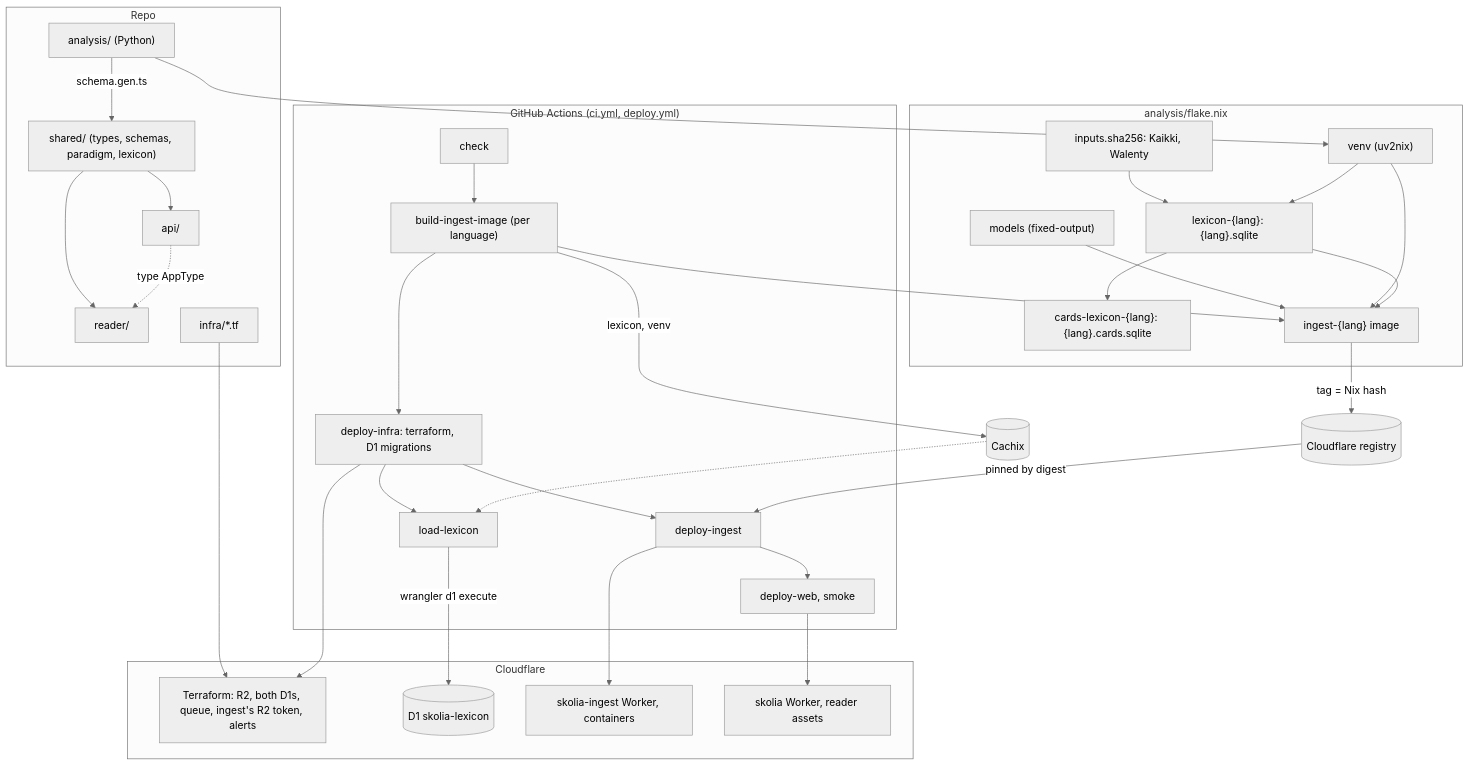
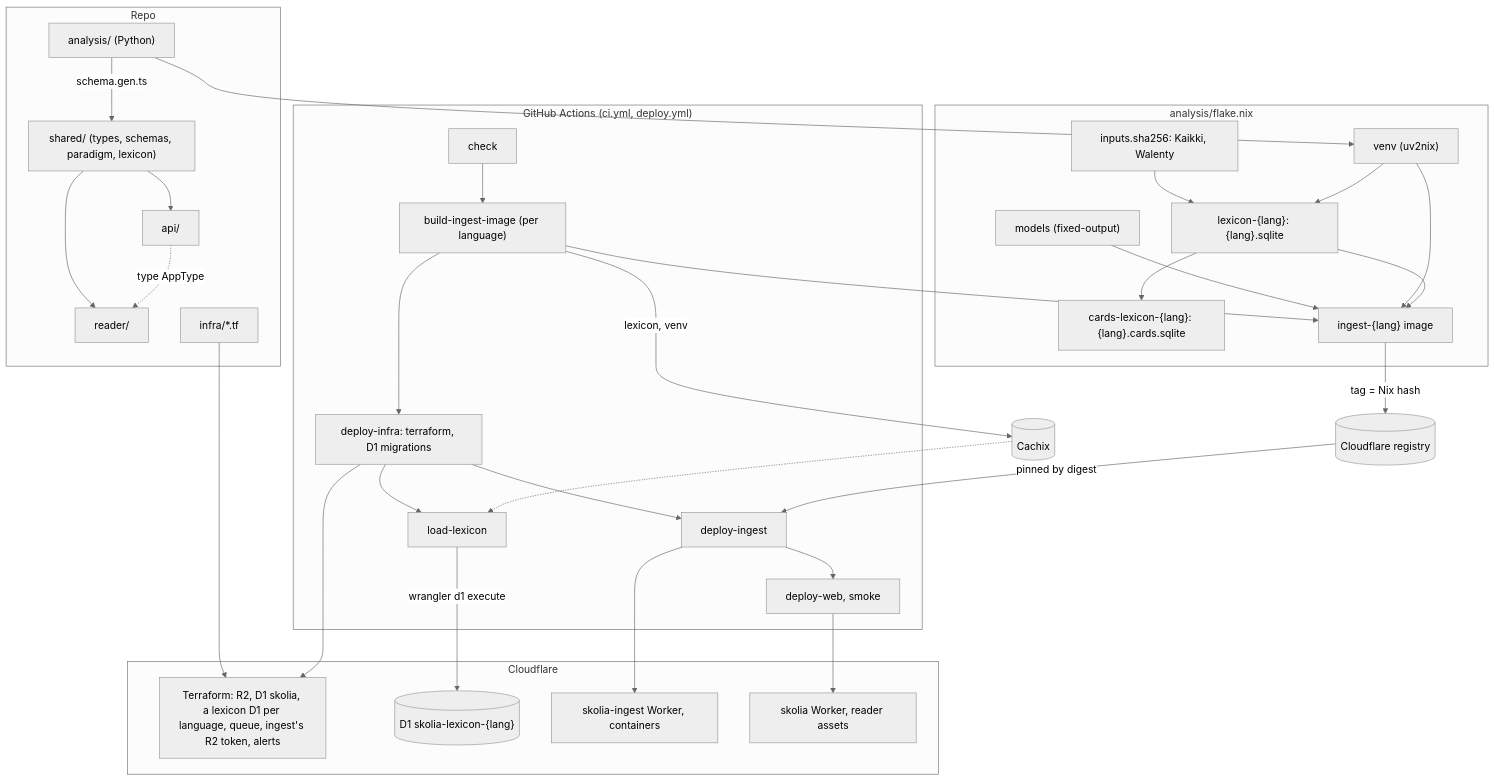
Before and after one commit to andyyu2004/skolia: the second of 2 diagrams in ARCHITECTURE.md, drawn with Mermaid (neutral theme). The commit also changed other lines of this file and 16 other files, not shown here.

First line of the commit message:
Each language's lexicon has its own D1 database, skolia-lexicon-{lang}, bound as LEXICON_{LANG}

````diff
--- a/ARCHITECTURE.md
+++ b/ARCHITECTURE.md
@@ -73,61 +73,61 @@
 ```mermaid
 flowchart TB
   subgraph Repo
     PY["analysis/ (Python)"]
     SH["shared/ (types, schemas, paradigm, lexicon)"]
     RDR["reader/"]
     APIS["api/"]
     TFS["infra/*.tf"]
   end
   subgraph Nix["analysis/flake.nix"]
     INP["inputs.sha256: Kaikki, Walenty"]
     MOD["models (fixed-output)"]
     VENV["venv (uv2nix)"]
     LEXN["lexicon-{lang}: {lang}.sqlite"]
     CARDS["cards-lexicon-{lang}: {lang}.cards.sqlite"]
     IMG["ingest-{lang} image"]
   end
   subgraph CI["GitHub Actions (ci.yml, deploy.yml)"]
     CHK["check"]
     BII["build-ingest-image (per language)"]
     DI["deploy-infra: terraform, D1 migrations"]
     LL["load-lexicon"]
     DGI["deploy-ingest"]
     DW["deploy-web, smoke"]
   end
   CX[("Cachix")]
   REG[("Cloudflare registry")]
   subgraph CF["Cloudflare"]
-    TFR["Terraform: R2, both D1s, queue, ingest's R2 token, alerts"]
-    LXDB[("D1 skolia-lexicon")]
+    TFR["Terraform: R2, D1 skolia, a lexicon D1 per language, queue, ingest's R2 token, alerts"]
+    LXDB[("D1 skolia-lexicon-{lang}")]
     INGD["skolia-ingest Worker, containers"]
     WEBD["skolia Worker, reader assets"]
   end
 
   PY -->|"schema.gen.ts"| SH
   SH --> RDR
   SH --> APIS
   APIS -.->|"type AppType"| RDR
   PY --> VENV
   INP --> LEXN
   VENV --> LEXN
   LEXN --> CARDS
   MOD --> IMG
   VENV --> IMG
   LEXN --> IMG
   CHK --> BII
   BII --> IMG
   BII -->|"lexicon, venv"| CX
   IMG -->|"tag = Nix hash"| REG
   BII --> DI
   TFS --> TFR
   DI --> TFR
   DI --> LL
   DI --> DGI
   DGI --> DW
   CX -.-> LL
   LL -->|"wrangler d1 execute"| LXDB
   REG -->|"pinned by digest"| DGI
   DGI --> INGD
   DW --> WEBD
 ```
````
